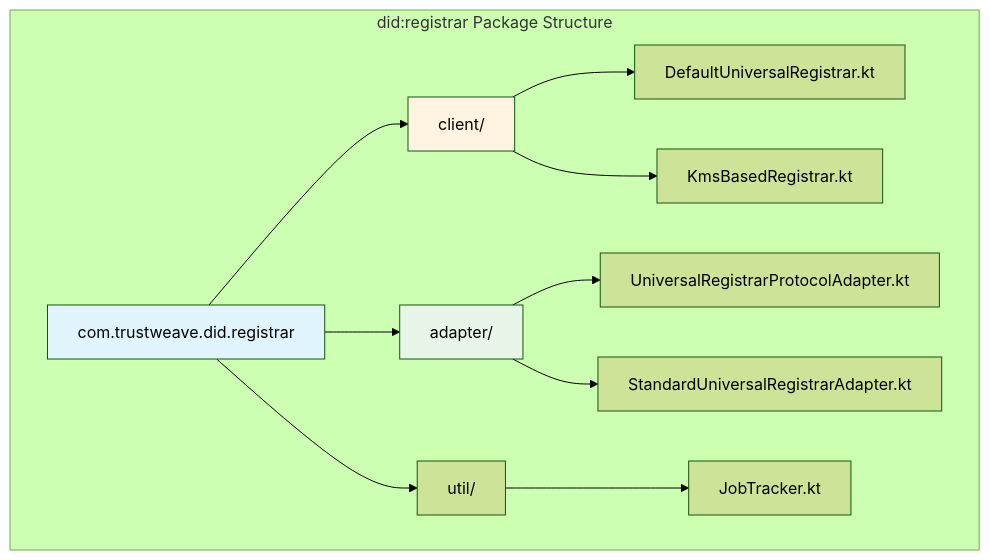
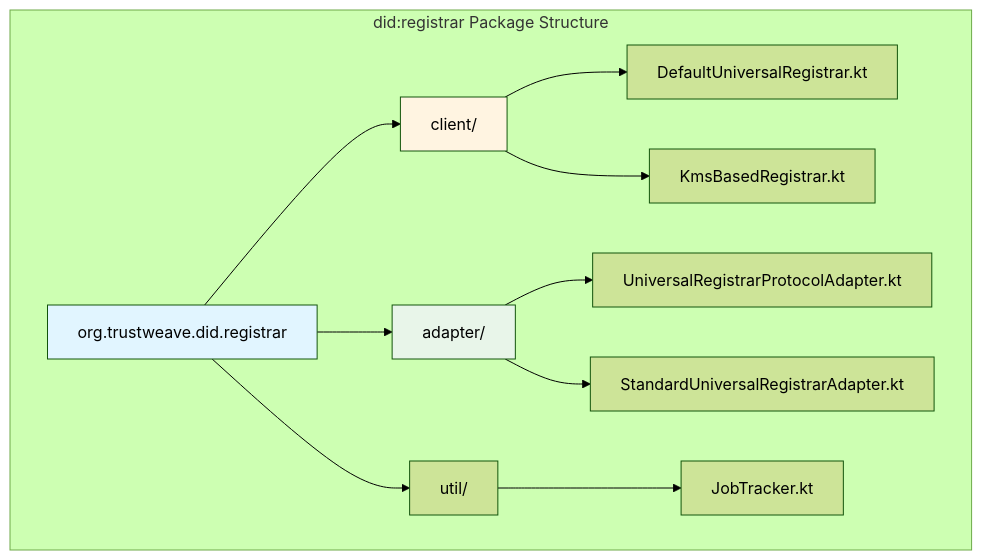
One commit to geoknoesis/trustweave changed the third of 3 diagrams in docs/modules/trustweave-did-registrar.md. Above: the diagram before and after it, drawn with Mermaid (forest theme). The commit also changed other lines of this file and 1960 other files, not shown here.

Commit message:
refactor com.trustweave to org.trustweave

````diff
--- a/docs/modules/trustweave-did-registrar.md
+++ b/docs/modules/trustweave-did-registrar.md
@@ -370,21 +370,21 @@
 ```mermaid
 graph TD
     subgraph "did:registrar Package Structure"
-        A[com.trustweave.did.registrar]
+        A[org.trustweave.did.registrar]
         A --> B[client/]
         A --> C[adapter/]
         A --> D[util/]
 
         B --> B1[DefaultUniversalRegistrar.kt]
         B --> B2[KmsBasedRegistrar.kt]
 
         C --> C1[UniversalRegistrarProtocolAdapter.kt]
         C --> C2[StandardUniversalRegistrarAdapter.kt]
 
         D --> D1[JobTracker.kt]
     end
 
     style A fill:#e1f5ff
     style B fill:#fff4e1
     style C fill:#e8f5e9
 ```
````
